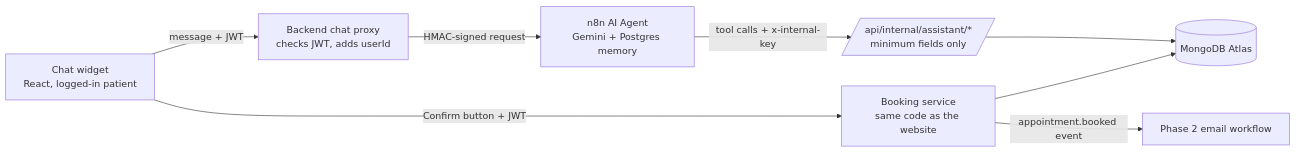
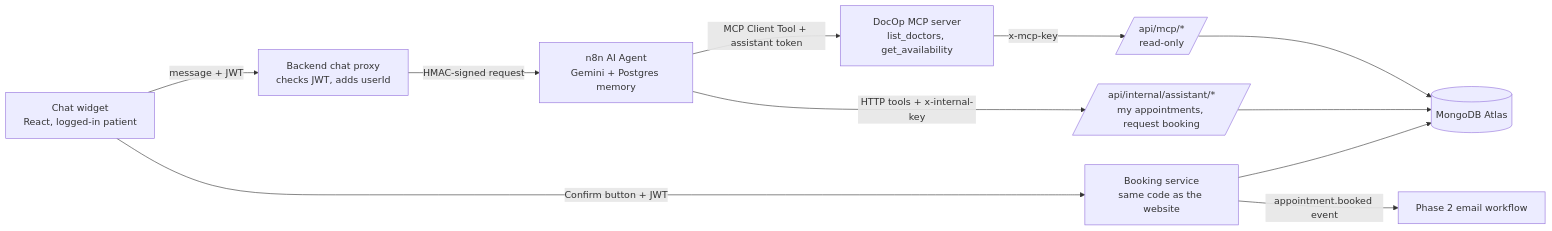
One commit to suvini2001/Second-Year-Project changed the diagram in ASSISTANT.md. Above: the diagram before and after it, drawn with Mermaid. The commit also changed other lines of this file and 3 other files, not shown here.

````diff
--- a/ASSISTANT.md
+++ b/ASSISTANT.md
@@ -11,10 +11,13 @@
 ```mermaid
 flowchart LR
     W[Chat widget<br/>React, logged-in patient] -- "message + JWT" --> P[Backend chat proxy<br/>checks JWT, adds userId]
     P -- "HMAC-signed request" --> A[n8n AI Agent<br/>Gemini + Postgres memory]
-    A -- "tool calls + x-internal-key" --> T[/api/internal/assistant/*<br/>minimum fields only/]
-    T --> DB[(MongoDB Atlas)]
+    A -- "MCP Client Tool + assistant token" --> M[DocOp MCP server<br/>list_doctors, get_availability]
+    M -- "x-mcp-key" --> R[/api/mcp/*<br/>read-only/]
+    A -- "HTTP tools + x-internal-key" --> T[/api/internal/assistant/*<br/>my appointments, request booking/]
+    R --> DB[(MongoDB Atlas)]
+    T --> DB
     W -- "Confirm button + JWT" --> B[Booking service<br/>same code as the website]
     B --> DB
     B -- "appointment.booked event" --> E[Phase 2 email workflow]
 ```
````
